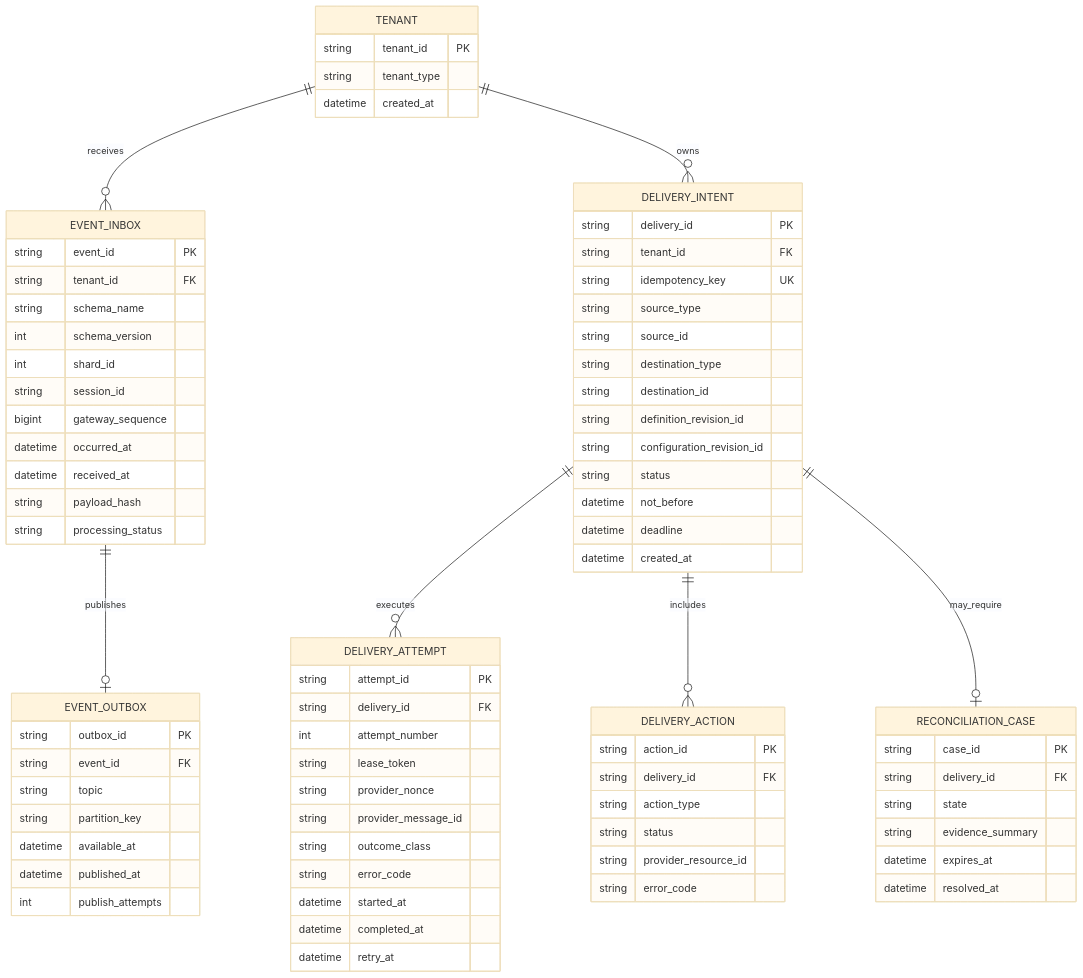
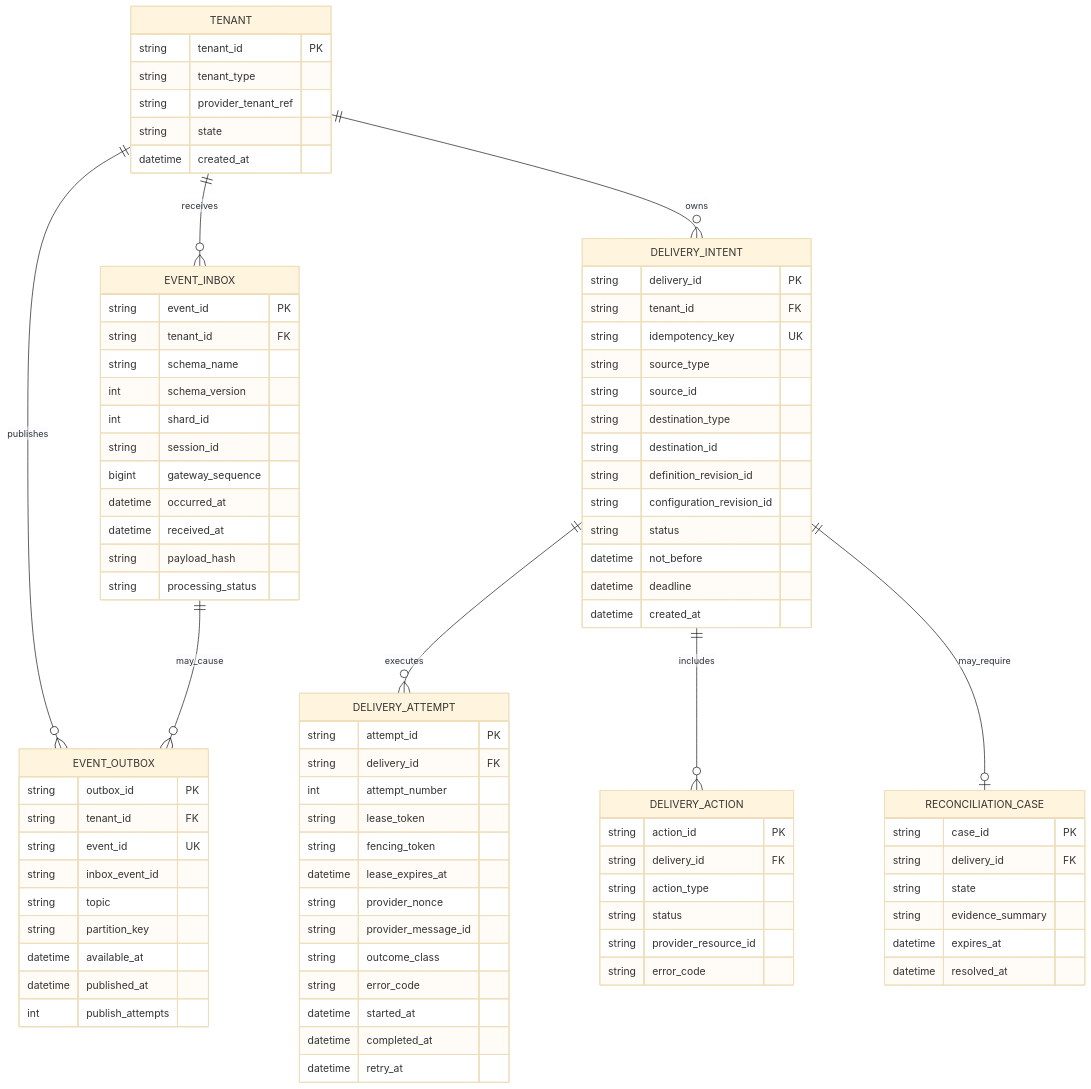
One commit to obsidia-systems/Discord-Bot-Open-Source changed the first of 3 diagrams in docs/architecture/07-data-core.md. Above: the diagram before and after it, drawn with Mermaid (base theme). The commit also changed other lines of this file and 27 other files, not shown here.

First line of the commit message:
feat(architecture): add comprehensive architecture review documentation

````diff
--- a/docs/architecture/07-data-core.md
+++ b/docs/architecture/07-data-core.md
@@ -20,7 +23,8 @@
 ```mermaid
 erDiagram
     TENANT ||--o{ EVENT_INBOX : receives
-    EVENT_INBOX ||--o| EVENT_OUTBOX : publishes
+    TENANT ||--o{ EVENT_OUTBOX : publishes
+    EVENT_INBOX ||--o{ EVENT_OUTBOX : may_cause
     TENANT ||--o{ DELIVERY_INTENT : owns
     DELIVERY_INTENT ||--o{ DELIVERY_ATTEMPT : executes
     DELIVERY_INTENT ||--o{ DELIVERY_ACTION : includes
@@ -29,6 +33,8 @@
     TENANT {
         string tenant_id PK
         string tenant_type
+        string provider_tenant_ref
+        string state
         datetime created_at
     }
 
@@ -48,7 +54,9 @@
 
     EVENT_OUTBOX {
         string outbox_id PK
-        string event_id FK
+        string tenant_id FK
+        string event_id UK
+        string inbox_event_id
         string topic
         string partition_key
         datetime available_at
@@ -77,6 +85,8 @@
         string delivery_id FK
         int attempt_number
         string lease_token
+        string fencing_token
+        datetime lease_expires_at
         string provider_nonce
         string provider_message_id
         string outcome_class
````
